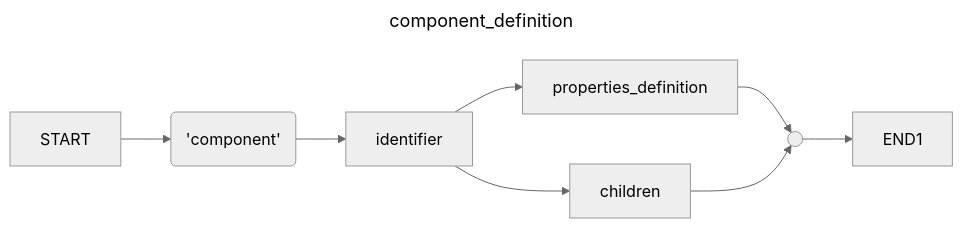
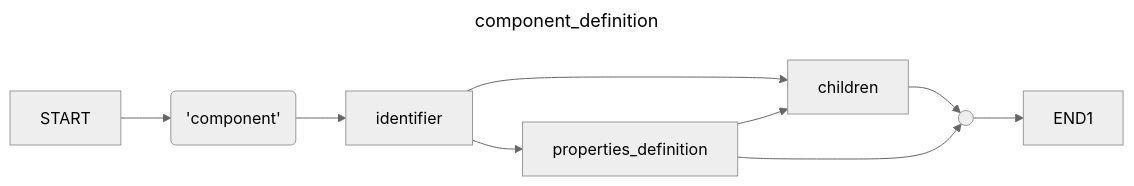
The sixth of 14 diagrams in README.md (rchuk/markerml), drawn with Mermaid (neutral theme) before and after one commit. The commit also changed other lines of this file, not shown here.

````diff
--- a/README.md
+++ b/README.md
@@ -325,30 +326,32 @@
 ```mermaid
 ---
 title: component_definition
 ---
 graph LR;
     START:::hidden
     END1:::hidden
     END(( ))
     
     component_keyword('component')
     identifier
     properties_definition
     
     %% component keyword
     START --> component_keyword
     component_keyword --> identifier
     
     %% identifier
+    identifier --> children
     identifier --> properties_definition
-    identifier --> children
+  
     
     %% properties definition
+    properties_definition --> children
     properties_definition --> END
     
     %% 
     children --> END
     
     %% 
     END --> END1
 ```
````
